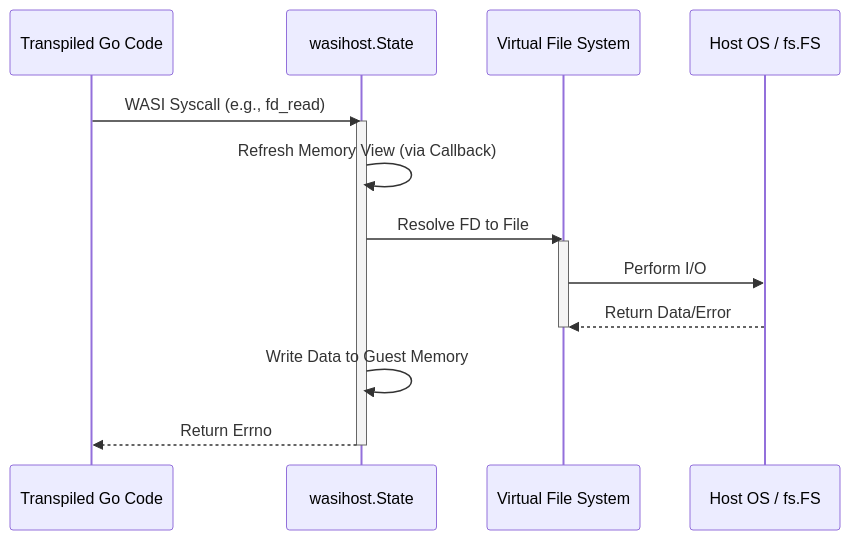
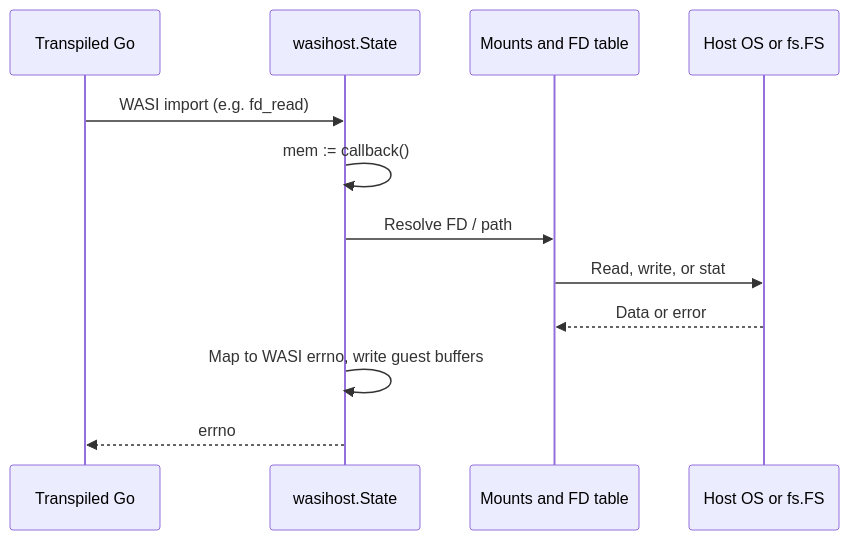
One commit to lbe/wasm2go-wasi-host changed the first of 3 diagrams in ARCHITECTURE.md. Above: the diagram before and after it, drawn with Mermaid. The commit also changed other lines of this file and 28 other files, not shown here.

````diff
--- a/ARCHITECTURE.md
+++ b/ARCHITECTURE.md
@@ -45,19 +51,15 @@
 ```mermaid
 sequenceDiagram
-    participant Guest as Transpiled Go Code
+    participant Guest as Transpiled Go
     participant Host as wasihost.State
-    participant VFS as Virtual File System
-    participant OS as Host OS / fs.FS
+    participant VFS as Mounts and FD table
+    participant OS as Host OS or fs.FS
 
-    Guest->>Host: WASI Syscall (e.g., fd_read)
-    activate Host
-    Host->>Host: Refresh Memory View (via Callback)
-    Host->>VFS: Resolve FD to File
-    activate VFS
-    VFS->>OS: Perform I/O
-    OS-->>VFS: Return Data/Error
-    deactivate VFS
-    Host->>Host: Write Data to Guest Memory
-    Host-->>Guest: Return Errno
-    deactivate Host
+    Guest->>Host: WASI import (e.g. fd_read)
+    Host->>Host: mem := callback()
+    Host->>VFS: Resolve FD / path
+    VFS->>OS: Read, write, or stat
+    OS-->>VFS: Data or error
+    Host->>Host: Map to WASI errno, write guest buffers
+    Host-->>Guest: errno
 ```
````
